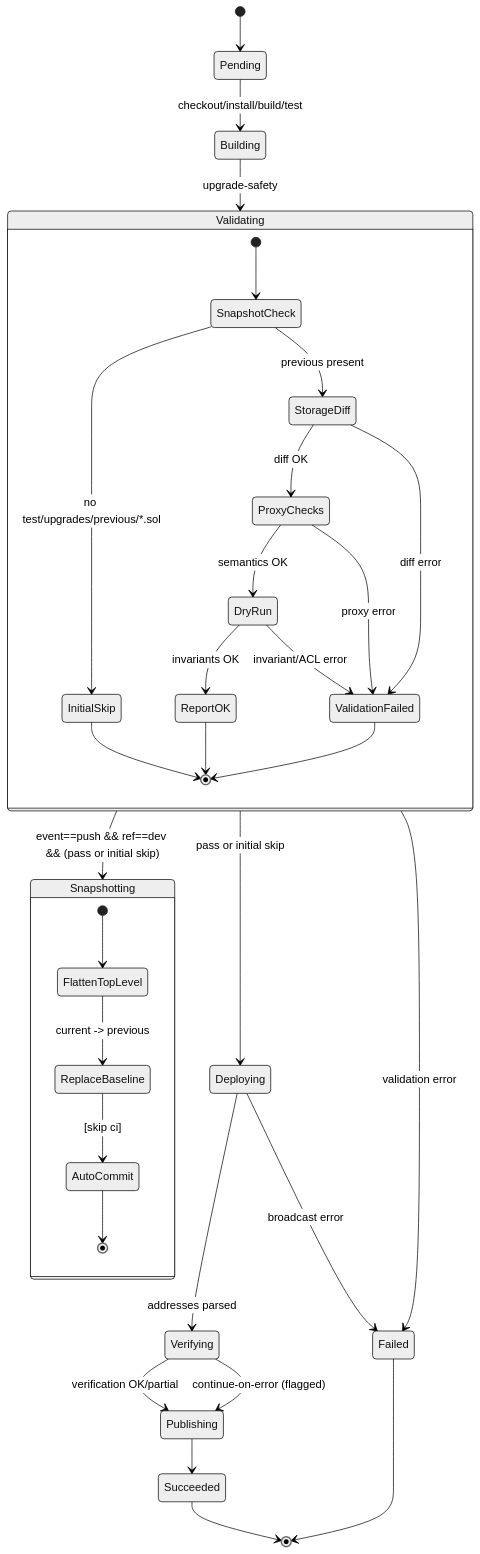
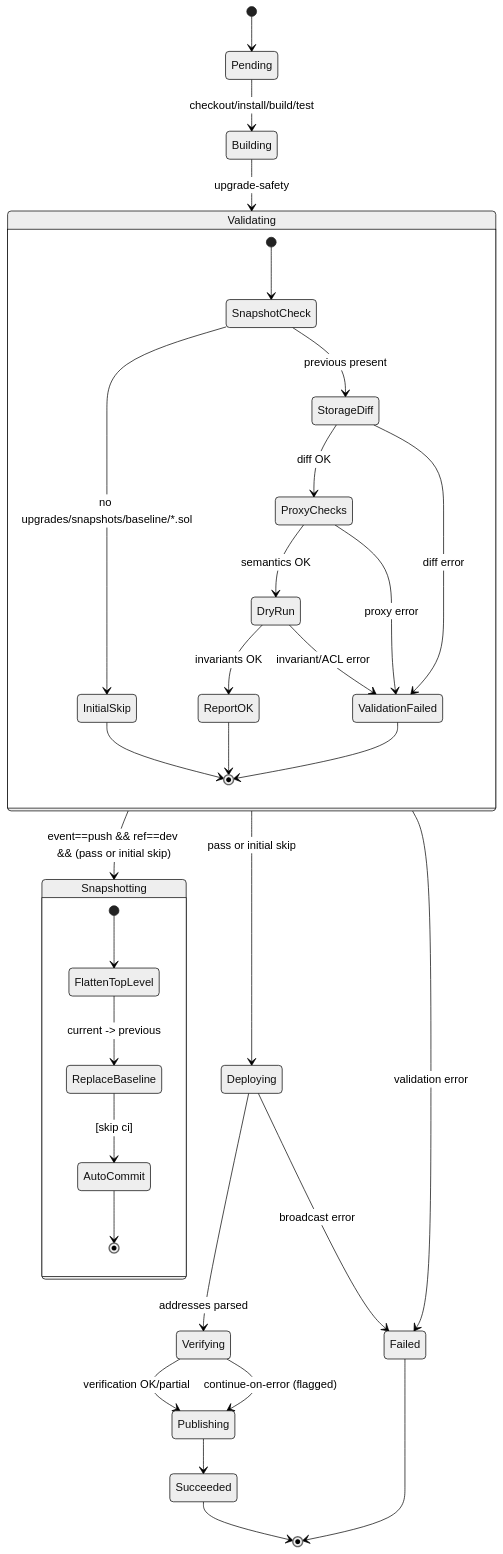
One commit to BreadchainCoop/etherform changed the second of 3 diagrams in docs/specs/ci-cd-automated-deployments.md. Above: the diagram before and after it, drawn with Mermaid (neutral theme). The commit also changed other lines of this file, not shown here.

Commit message:
docs(spec): rename snapshot paths; add baseline init

````diff
--- a/docs/specs/ci-cd-automated-deployments.md
+++ b/docs/specs/ci-cd-automated-deployments.md
@@ -282,46 +289,46 @@
 ```mermaid
 stateDiagram
   [*] --> Pending
   Pending --> Building : checkout/install/build/test
   Building --> Validating : upgrade-safety
 
   state Validating {
     [*] --> SnapshotCheck
-    SnapshotCheck --> InitialSkip : no test/upgrades/previous/*.sol
+    SnapshotCheck --> InitialSkip : no upgrades/snapshots/baseline/*.sol
     SnapshotCheck --> StorageDiff : previous present
 
     StorageDiff --> ProxyChecks : diff OK
     StorageDiff --> ValidationFailed : diff error
 
     ProxyChecks --> DryRun : semantics OK
     ProxyChecks --> ValidationFailed : proxy error
 
     DryRun --> ReportOK : invariants OK
     DryRun --> ValidationFailed : invariant/ACL error
 
     ReportOK --> [*]
     InitialSkip --> [*]
     ValidationFailed --> [*]
   }
 
   Validating --> Snapshotting : event==push && ref==dev && (pass or initial skip)
   state Snapshotting {
     [*] --> FlattenTopLevel
     FlattenTopLevel --> ReplaceBaseline : current -> previous
     ReplaceBaseline --> AutoCommit : [skip ci]
     AutoCommit --> [*]
   }
 
   Validating --> Deploying : pass or initial skip
   Validating --> Failed : validation error
 
   Deploying --> Verifying : addresses parsed
   Deploying --> Failed : broadcast error
 
   Verifying --> Publishing : verification OK/partial
   Verifying --> Publishing : continue-on-error (flagged)
 
   Publishing --> Succeeded
   Failed --> [*]
   Succeeded --> [*]
 ```
````
